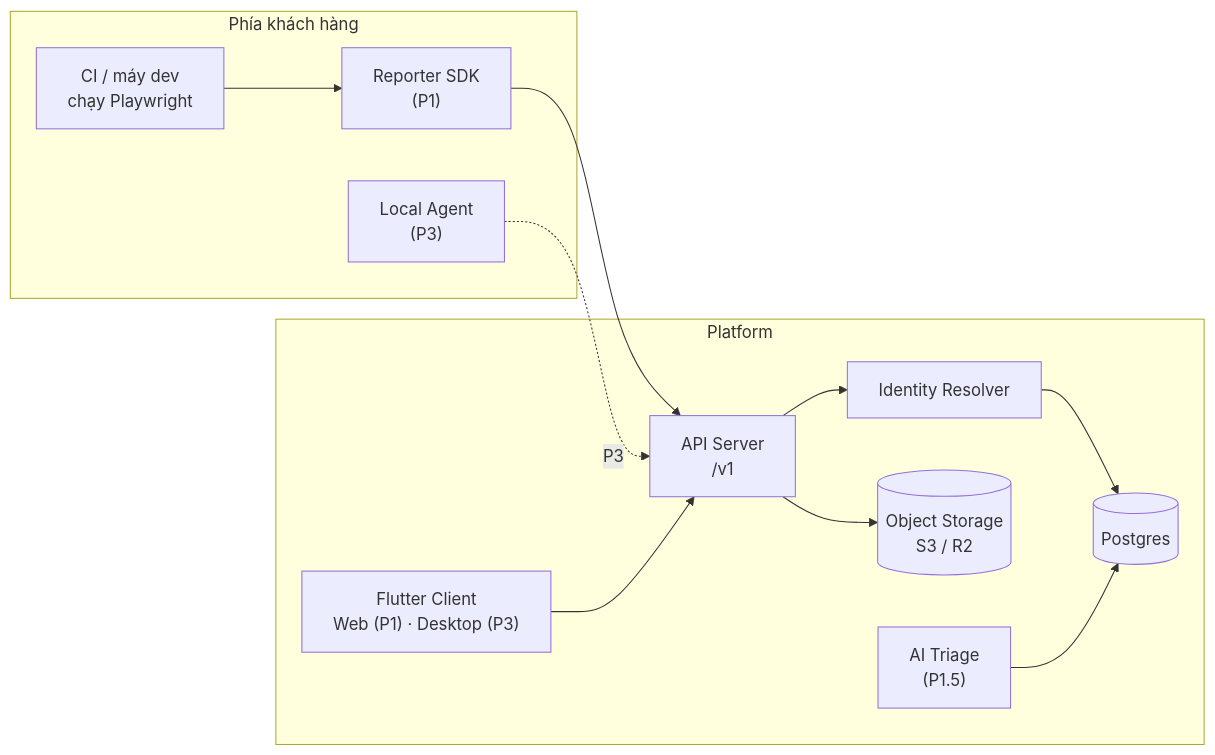
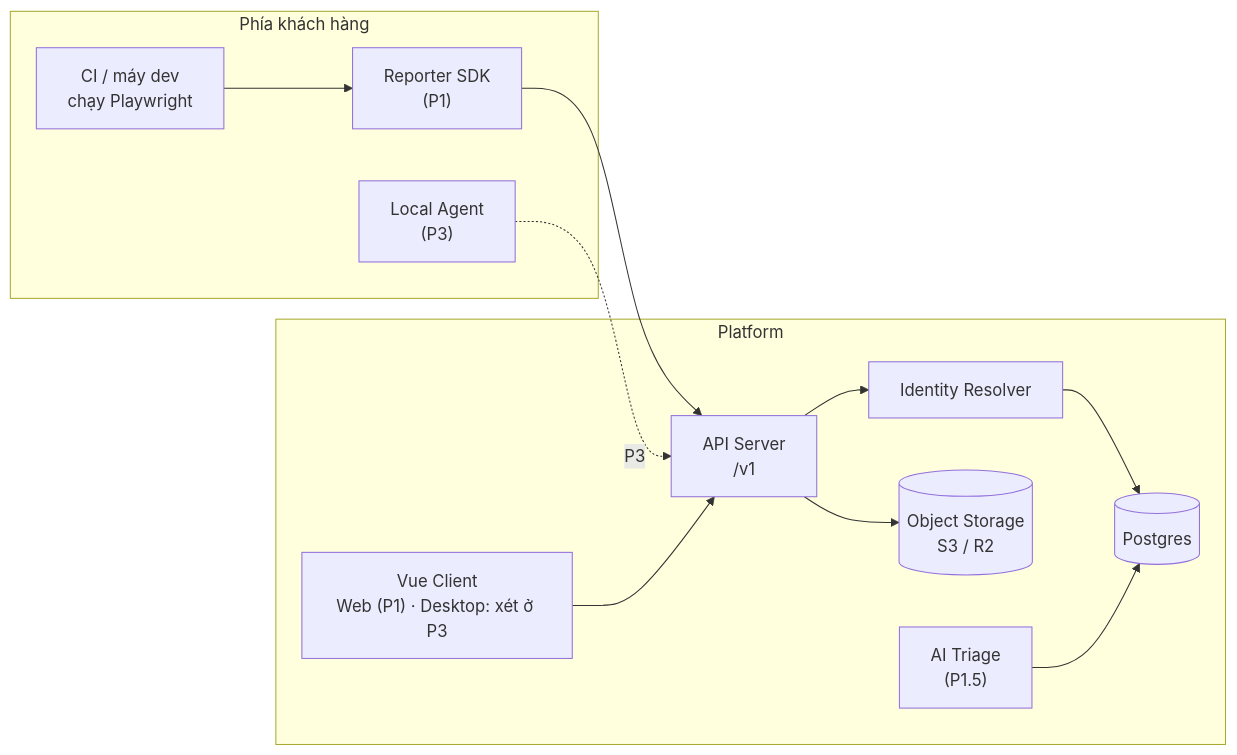
One commit to tvinhthanh/test-system changed the first of 4 diagrams in SPEC.md. Above: the diagram before and after it, drawn with Mermaid. The commit also changed other lines of this file and 19 other files, not shown here.

First line of the commit message:
SPEC v3.17: build progress (§0.5, §4.4, §6.9.11, §14), QĐ-9 rewritten for Vue, N60–N61; Flutter draft removed

````diff
--- a/SPEC.md
+++ b/SPEC.md
@@ -822,22 +859,22 @@
 ```mermaid
 flowchart LR
     subgraph Khach["Phía khách hàng"]
         CI["CI / máy dev<br/>chạy Playwright"]
         RPT["Reporter SDK<br/>(P1)"]
         AGT["Local Agent<br/>(P3)"]
     end
     subgraph Platform
         API["API Server<br/>/v1"]
         RES["Identity Resolver"]
         DB[("Postgres")]
         OBJ[("Object Storage<br/>S3 / R2")]
-        WEB["Flutter Client<br/>Web (P1) · Desktop (P3)"]
+        WEB["Vue Client<br/>Web (P1) · Desktop: xét ở P3"]
         AI["AI Triage<br/>(P1.5)"]
     end
     CI --> RPT --> API
     AGT -.P3.-> API
     API --> RES --> DB
     API --> OBJ
     WEB --> API
     AI --> DB
 ```
````
